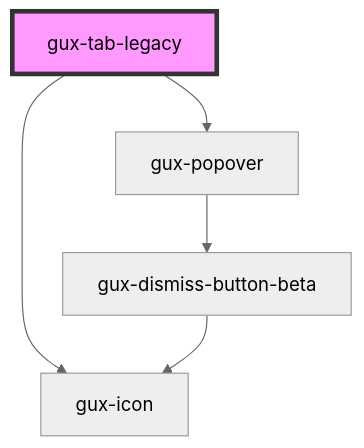
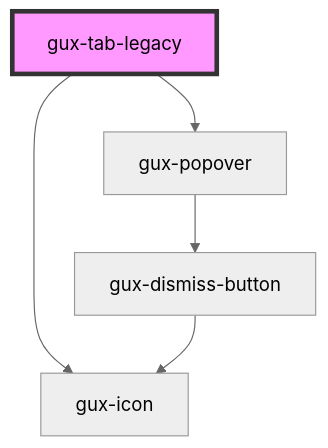
Before and after one commit to MyPureCloud/genesys-spark: the diagram in src/components/legacy/gux-tabs-legacy/gux-tab-legacy/readme.md, drawn with Mermaid (neutral theme). The commit also changed 272 other files, not shown here.

````diff
--- a/src/components/legacy/gux-tabs-legacy/gux-tab-legacy/readme.md
+++ b/src/components/legacy/gux-tabs-legacy/gux-tab-legacy/readme.md
@@ -32,8 +32,8 @@
 ```mermaid
 graph TD;
   gux-tab-legacy --> gux-icon
   gux-tab-legacy --> gux-popover
-  gux-popover --> gux-dismiss-button-beta
-  gux-dismiss-button-beta --> gux-icon
+  gux-popover --> gux-dismiss-button
+  gux-dismiss-button --> gux-icon
   style gux-tab-legacy fill:#f9f,stroke:#333,stroke-width:4px
 ```
````
